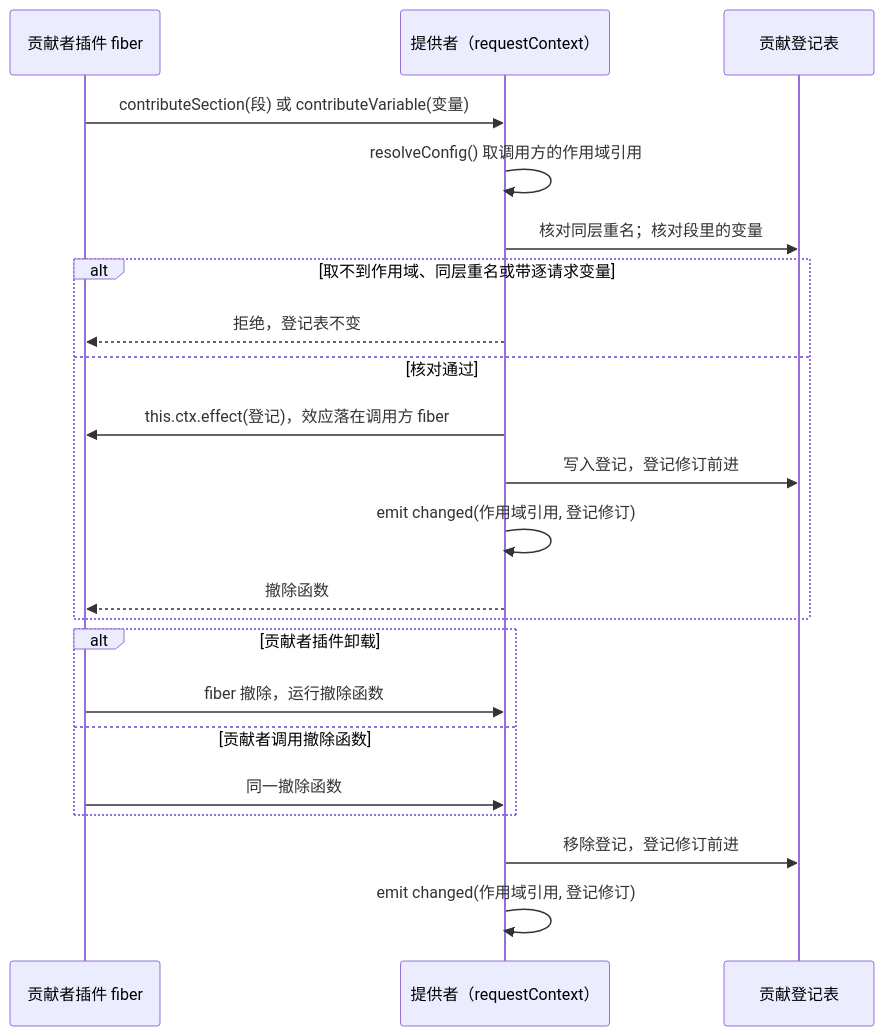
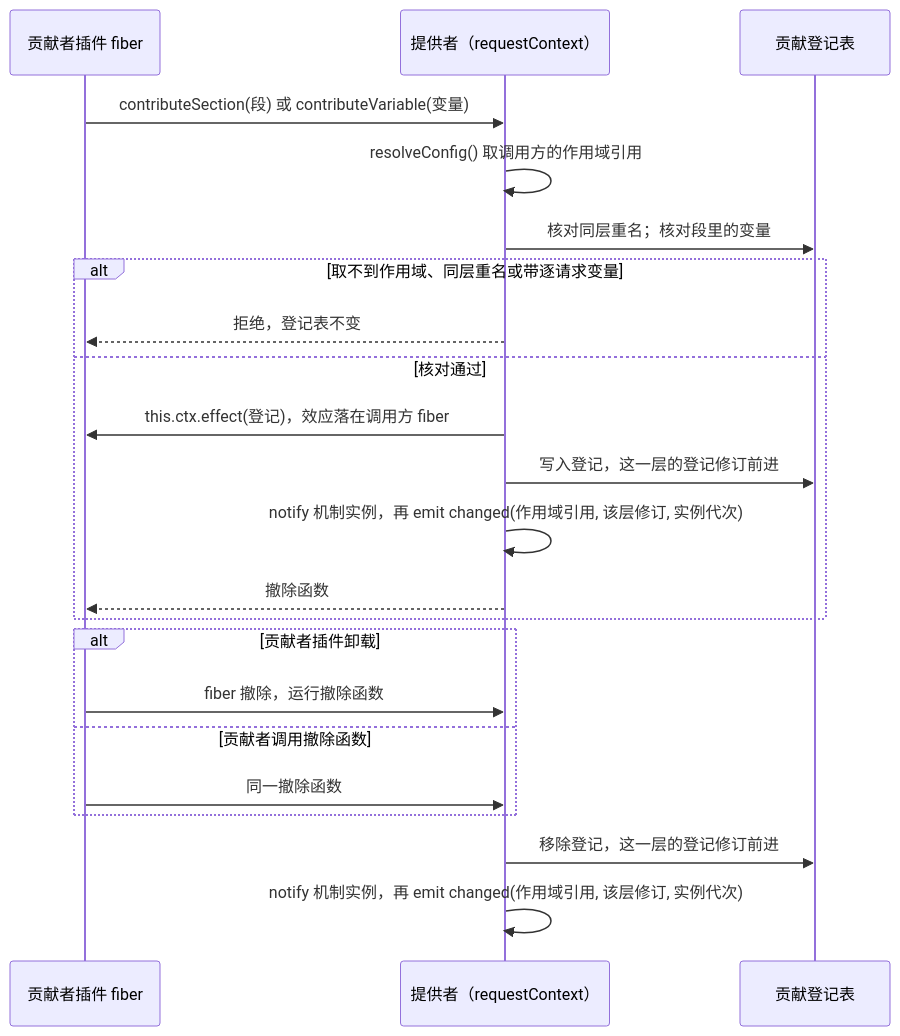
The first of 2 diagrams in packages/context/request-context-cordis-contract/docs/flows.md (nemori-ai/omne-harness-lite), drawn with Mermaid before and after one commit. The commit also changed other lines of this file and 68 other files, not shown here.

````diff
--- a/packages/context/request-context-cordis-contract/docs/flows.md
+++ b/packages/context/request-context-cordis-contract/docs/flows.md
@@ -15,24 +15,24 @@
 ```mermaid
 sequenceDiagram
   participant CF as 贡献者插件 fiber
   participant S as 提供者（requestContext）
   participant T as 贡献登记表
   CF->>S: contributeSection(段) 或 contributeVariable(变量)
   S->>S: resolveConfig() 取调用方的作用域引用
   S->>T: 核对同层重名；核对段里的变量
   alt 取不到作用域、同层重名或带逐请求变量
     S-->>CF: 拒绝，登记表不变
   else 核对通过
     S->>CF: this.ctx.effect(登记)，效应落在调用方 fiber
-    S->>T: 写入登记，登记修订前进
-    S->>S: emit changed(作用域引用, 登记修订)
+    S->>T: 写入登记，这一层的登记修订前进
+    S->>S: notify 机制实例，再 emit changed(作用域引用, 该层修订, 实例代次)
     S-->>CF: 撤除函数
   end
   alt 贡献者插件卸载
     CF->>S: fiber 撤除，运行撤除函数
   else 贡献者调用撤除函数
     CF->>S: 同一撤除函数
   end
-  S->>T: 移除登记，登记修订前进
-  S->>S: emit changed(作用域引用, 登记修订)
+  S->>T: 移除登记，这一层的登记修订前进
+  S->>S: notify 机制实例，再 emit changed(作用域引用, 该层修订, 实例代次)
 ```
````
